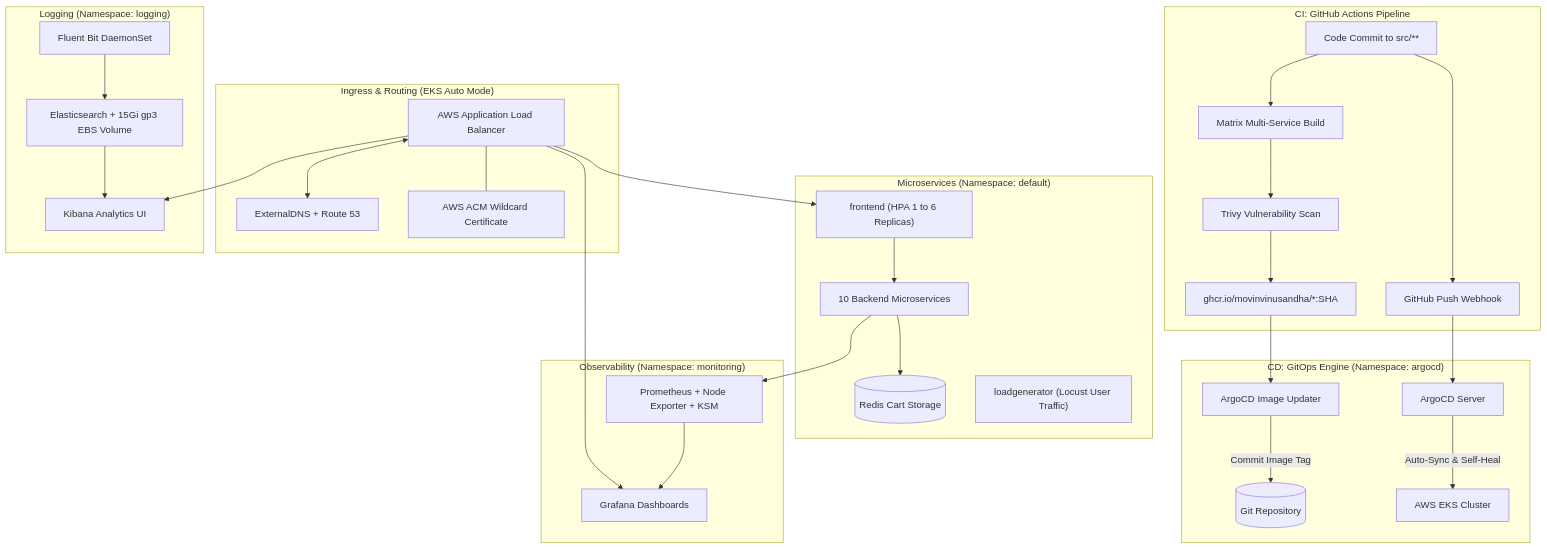
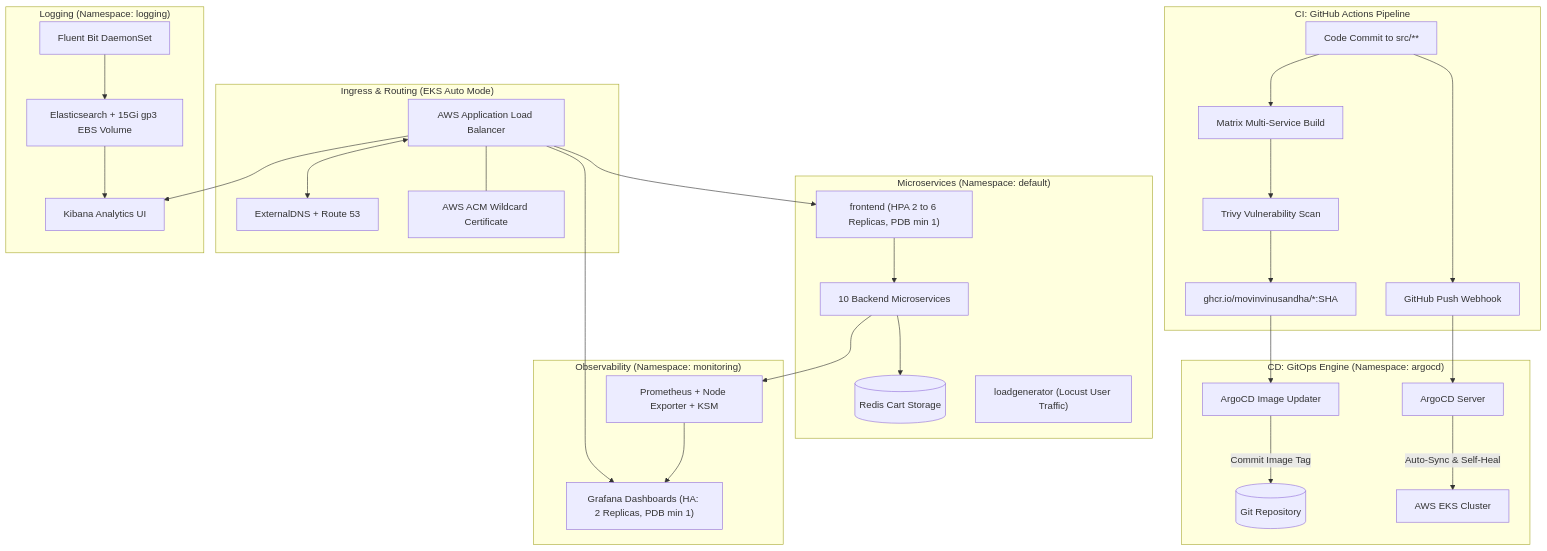
One commit to MovinVinusandha/google-microservices-demo changed the diagram in README.md. Above: the diagram before and after it, drawn with Mermaid. The commit also changed other lines of this file and 1 other file, not shown here.

Commit message:
docs: update full end-to-end deployment guide and platform architecture

````diff
--- a/README.md
+++ b/README.md
@@ -29,44 +29,44 @@
 ```mermaid
 flowchart TD
     subgraph CI ["CI: GitHub Actions Pipeline"]
         DEV["Code Commit to src/**"] --> MATRIX["Matrix Multi-Service Build"]
         MATRIX --> TRIVY["Trivy Vulnerability Scan"]
         TRIVY --> REGISTRY["ghcr.io/movinvinusandha/*:SHA"]
         DEV --> WEBHOOK["GitHub Push Webhook"]
     end
 
     subgraph CD ["CD: GitOps Engine (Namespace: argocd)"]
         WEBHOOK --> ARGOCD["ArgoCD Server"]
         REGISTRY --> UPDATER["ArgoCD Image Updater"]
         UPDATER -->|Commit Image Tag| GIT_REPO[("Git Repository")]
         ARGOCD -->|Auto-Sync & Self-Heal| EKS["AWS EKS Cluster"]
     end
 
     subgraph INGRESS ["Ingress & Routing (EKS Auto Mode)"]
         ALB["AWS Application Load Balancer"]
         EXT_DNS["ExternalDNS + Route 53"]
         ACM["AWS ACM Wildcard Certificate"]
         ALB --- ACM
         ALB <--> EXT_DNS
     end
 
     subgraph WORKLOADS ["Microservices (Namespace: default)"]
-        ALB --> FRONTEND["frontend (HPA 1 to 6 Replicas)"]
+        ALB --> FRONTEND["frontend (HPA 2 to 6 Replicas, PDB min 1)"]
         FRONTEND --> MICROSERVICES["10 Backend Microservices"]
         MICROSERVICES --> REDIS[("Redis Cart Storage")]
         LOADGEN["loadgenerator (Locust User Traffic)"]
     end
 
     subgraph MONITORING ["Observability (Namespace: monitoring)"]
         PROM["Prometheus + Node Exporter + KSM"]
-        ALB --> GRAFANA["Grafana Dashboards"]
+        ALB --> GRAFANA["Grafana Dashboards (HA: 2 Replicas, PDB min 1)"]
         MICROSERVICES --> PROM
         PROM --> GRAFANA
     end
 
     subgraph LOGGING ["Logging (Namespace: logging)"]
         FB["Fluent Bit DaemonSet"] --> ES["Elasticsearch + 15Gi gp3 EBS Volume"]
         ES --> KIBANA["Kibana Analytics UI"]
         ALB --> KIBANA
     end
 ```
````
